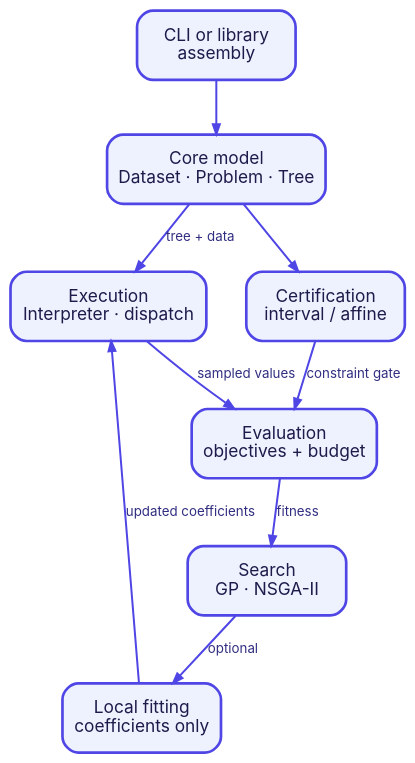
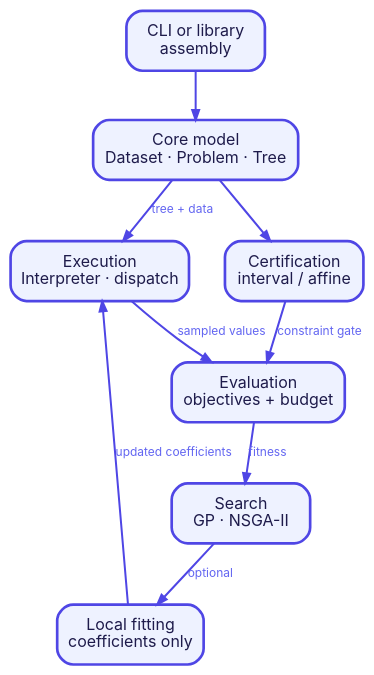
The diagram in docs/mkdocs/diagrams/system-overview.dot (heal-research/operon), drawn with Graphviz before and after one commit. The commit also changed 6 other files, not shown here.

Commit message:
Improve diagram label contrast

```diff
--- a/docs/mkdocs/diagrams/system-overview.dot
+++ b/docs/mkdocs/diagrams/system-overview.dot
@@ -1,22 +1,22 @@
 digraph system_overview {
-  graph [rankdir=TB, bgcolor="transparent", nodesep=0.42, ranksep=0.55, pad=0.12];
-  node [shape=box, style="rounded,filled", fillcolor="#EEF2FF", color="#4F46E5", penwidth=2, fontname="Inter", fontsize=13, fontcolor="#1E1B4B", width=1.65, height=0.72];
-  edge [color="#4F46E5", penwidth=1.5, arrowsize=0.75, fontname="Inter", fontsize=10, fontcolor="#312E81"];
+  graph [rankdir=TB, bgcolor="transparent", nodesep=0.38, ranksep=0.5, pad=0.1];
+  node [shape=box, style="rounded,filled", fillcolor="#EEF2FF", color="#4F46E5", penwidth=2, fontname="Inter", fontsize=12, fontcolor="#1E1B4B", width=1.45, height=0.62];
+  edge [color="#4F46E5", penwidth=1.5, arrowsize=0.75, fontname="Inter", fontsize=9, fontcolor="#6366F1"];
 
   entry [label="CLI or library\nassembly"];
   core [label="Core model\nDataset · Problem · Tree"];
   execution [label="Execution\nInterpreter · dispatch"];
   evaluation [label="Evaluation\nobjectives + budget"];
   search [label="Search\nGP · NSGA-II"];
   fitting [label="Local fitting\ncoefficients only"];
   bounds [label="Certification\ninterval / affine"];
 
   entry -> core;
   core -> execution [label="tree + data"];
   execution -> evaluation [label="sampled values"];
   evaluation -> search [label="fitness"];
   search -> fitting [label="optional"];
   fitting -> execution [label="updated coefficients"];
   core -> bounds;
   bounds -> evaluation [label="constraint gate"];
 }
```
